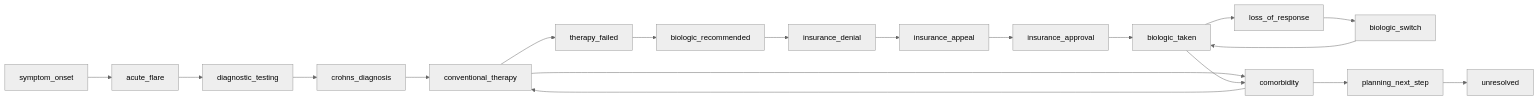
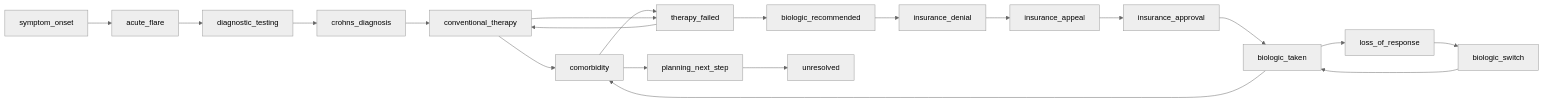
One commit to carecodeconnect/crohnicity changed diagram 22 of 50 in docs/referral_pathways.md. Above: the diagram before and after it, drawn with Mermaid. The commit also changed other lines of this file and 107 other files, not shown here.

````diff
--- a/docs/referral_pathways.md
+++ b/docs/referral_pathways.md
@@ -819,38 +823,39 @@
 ``` mermaid
 %%{init: {'theme':'neutral'}}%%
 flowchart LR
     n0["symptom_onset"]
     n1["acute_flare"]
     n2["diagnostic_testing"]
     n3["crohns_diagnosis"]
     n4["conventional_therapy"]
     n5["comorbidity"]
     n6["therapy_failed"]
     n7["biologic_recommended"]
     n8["insurance_denial"]
     n9["insurance_appeal"]
     n10["insurance_approval"]
     n11["biologic_taken"]
     n12["loss_of_response"]
     n13["biologic_switch"]
     n14["planning_next_step"]
     n15["unresolved"]
     n0 -->n1
     n1 -->n2
     n2 -->n3
     n3 -->n4
     n4 -->n5
-    n5 -->n4
+    n5 -->n6
+    n6 -->n4
     n4 -->n6
     n6 -->n7
     n7 -->n8
     n8 -->n9
     n9 -->n10
     n10 -->n11
     n11 -->n12
     n12 -->n13
     n13 -->n11
     n11 -->n5
     n5 -->n14
     n14 -->n15
 ```
````
